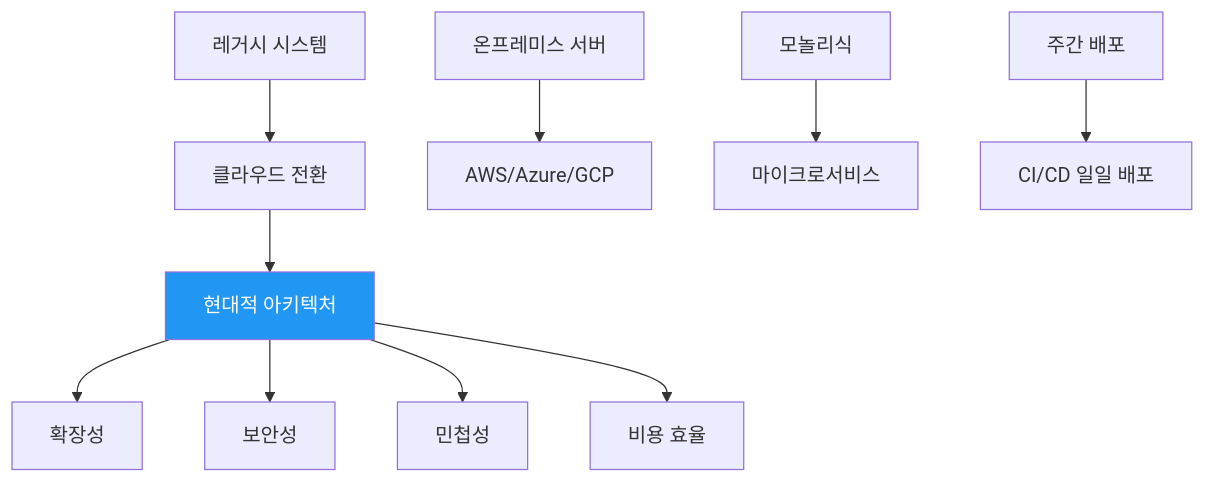
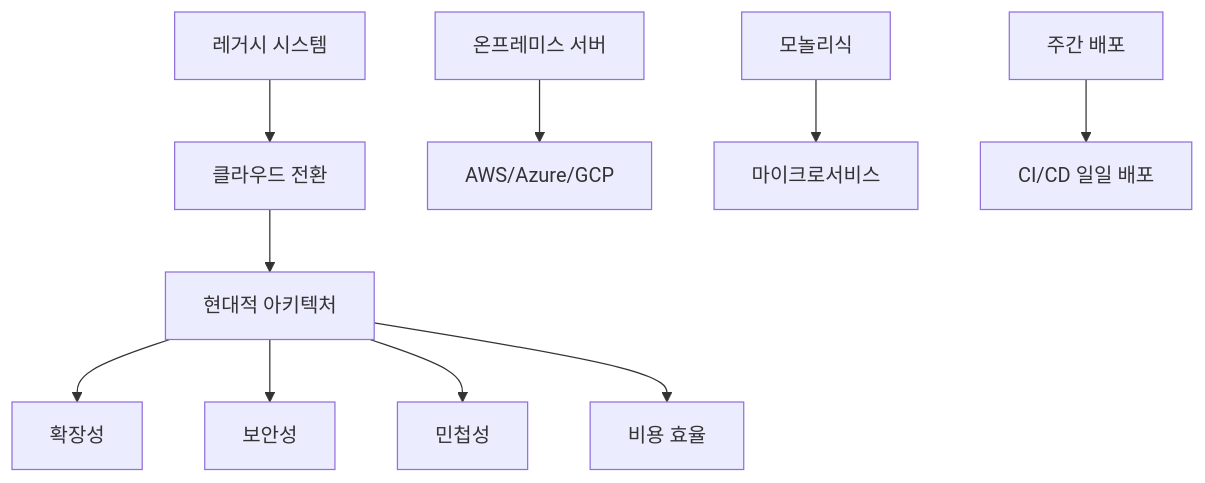
The ninth of 23 diagrams in _md/genai-notion/chapter06/06-3.md (nugurejeil/weniVooks), drawn with Mermaid before and after one commit. The commit also changed other lines of this file and 187 other files, not shown here.

````diff
--- a/_md/genai-notion/chapter06/06-3.md
+++ b/_md/genai-notion/chapter06/06-3.md
@@ -274,16 +258,14 @@
 ```mermaid
 graph TD
     A[레거시 시스템] --> B[클라우드 전환]
     B --> C[현대적 아키텍처]
 
     C --> C1[확장성]
     C --> C2[보안성]
     C --> C3[민첩성]
     C --> C4[비용 효율]
 
     D[온프레미스 서버] --> E[AWS/Azure/GCP]
     F[모놀리식] --> G[마이크로서비스]
     H[주간 배포] --> I[CI/CD 일일 배포]
-
-    style C fill:#2196F3,color:#fff
 ```
````
